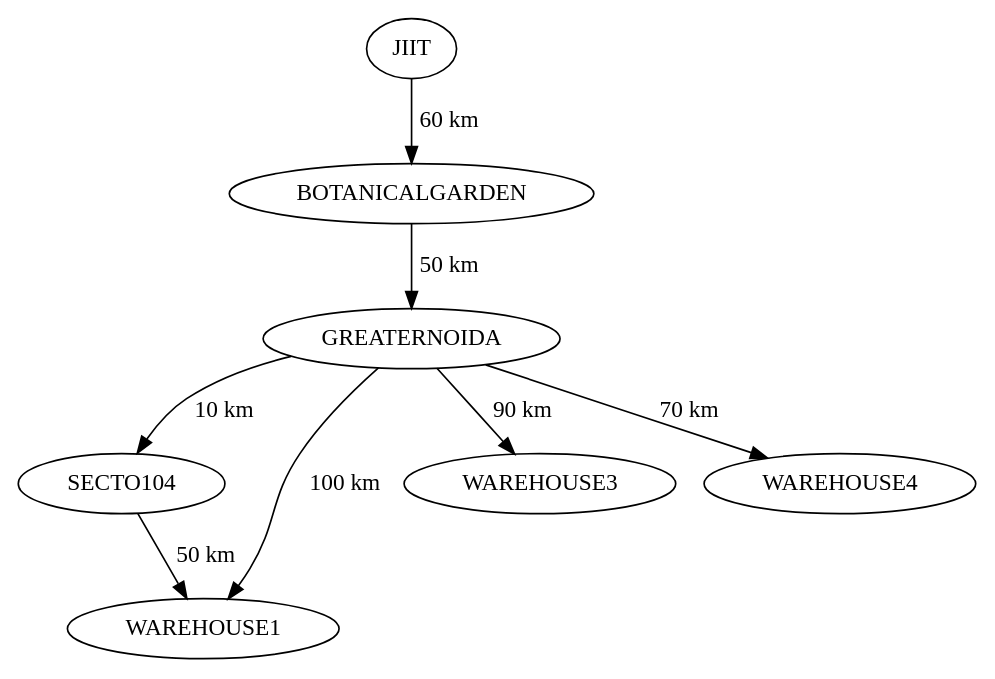
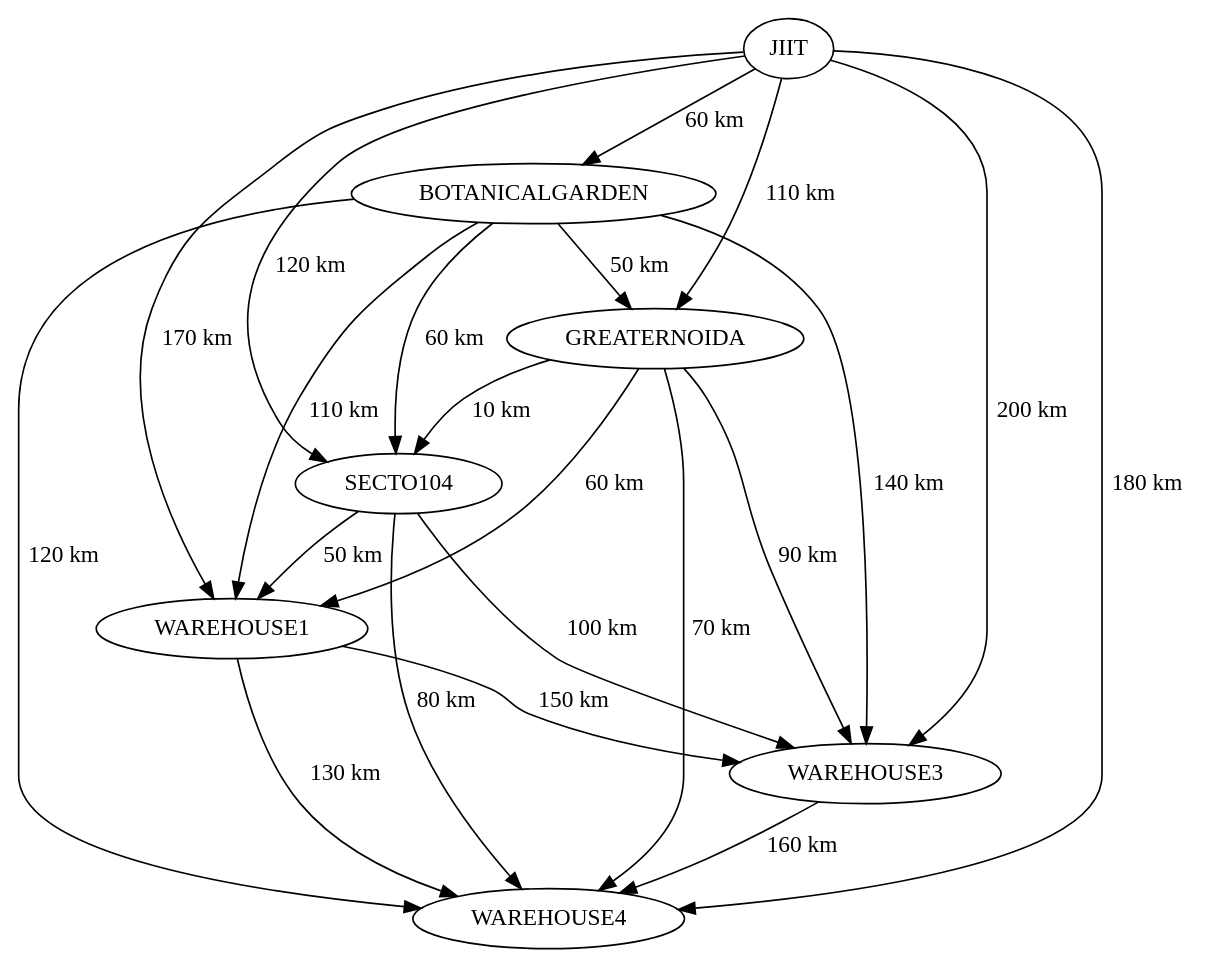
The diagram in graph.dot (bhavishy09/deliver-ease), drawn with Graphviz before and after one commit. The commit also changed 4 other files, not shown here.

```diff
--- a/graph.dot
+++ b/graph.dot
@@ -1,9 +1,23 @@
 digraph G {
   JIIT -> BOTANICALGARDEN [label="60 km"];
+  JIIT -> GREATERNOIDA [label="110 km"];
+  JIIT -> SECTO104 [label="120 km"];
+  JIIT -> WAREHOUSE1 [label="170 km"];
+  JIIT -> WAREHOUSE3 [label="200 km"];
+  JIIT -> WAREHOUSE4 [label="180 km"];
   BOTANICALGARDEN -> GREATERNOIDA [label="50 km"];
+  BOTANICALGARDEN -> SECTO104 [label="60 km"];
+  BOTANICALGARDEN -> WAREHOUSE1 [label="110 km"];
+  BOTANICALGARDEN -> WAREHOUSE3 [label="140 km"];
+  BOTANICALGARDEN -> WAREHOUSE4 [label="120 km"];
   GREATERNOIDA -> SECTO104 [label="10 km"];
-  GREATERNOIDA -> WAREHOUSE1 [label="100 km"];
+  GREATERNOIDA -> WAREHOUSE1 [label="60 km"];
   GREATERNOIDA -> WAREHOUSE3 [label="90 km"];
   GREATERNOIDA -> WAREHOUSE4 [label="70 km"];
   SECTO104 -> WAREHOUSE1 [label="50 km"];
+  SECTO104 -> WAREHOUSE3 [label="100 km"];
+  SECTO104 -> WAREHOUSE4 [label="80 km"];
+  WAREHOUSE1 -> WAREHOUSE3 [label="150 km"];
+  WAREHOUSE1 -> WAREHOUSE4 [label="130 km"];
+  WAREHOUSE3 -> WAREHOUSE4 [label="160 km"];
 }
```
